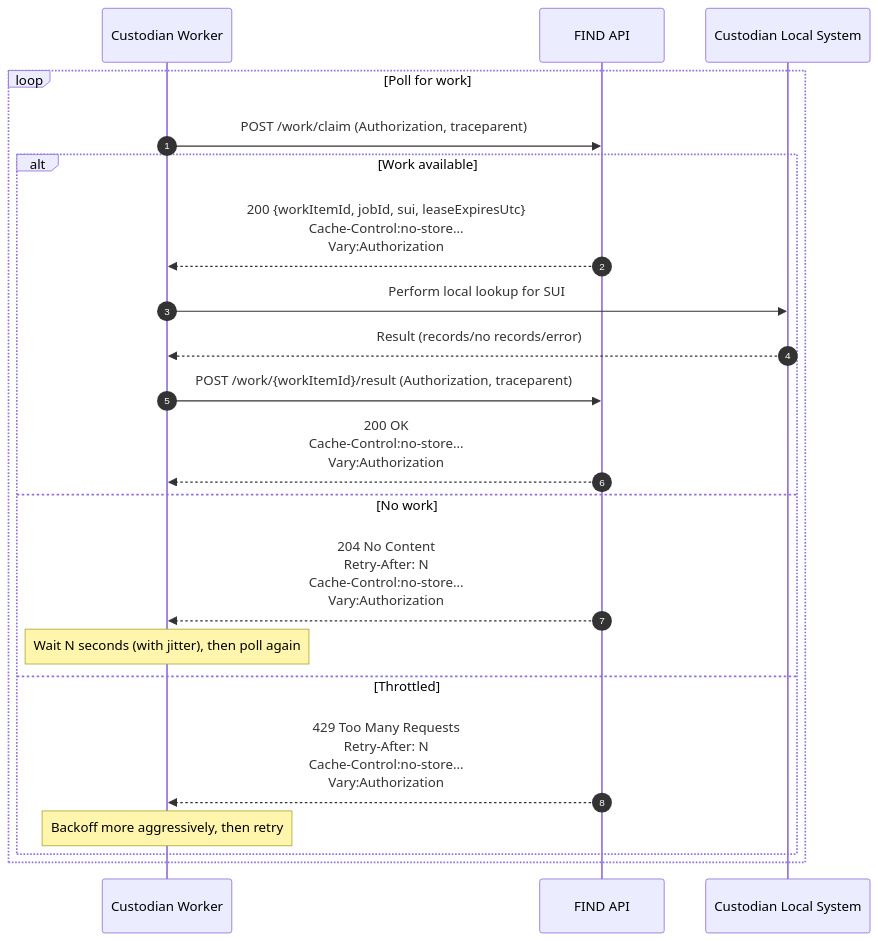
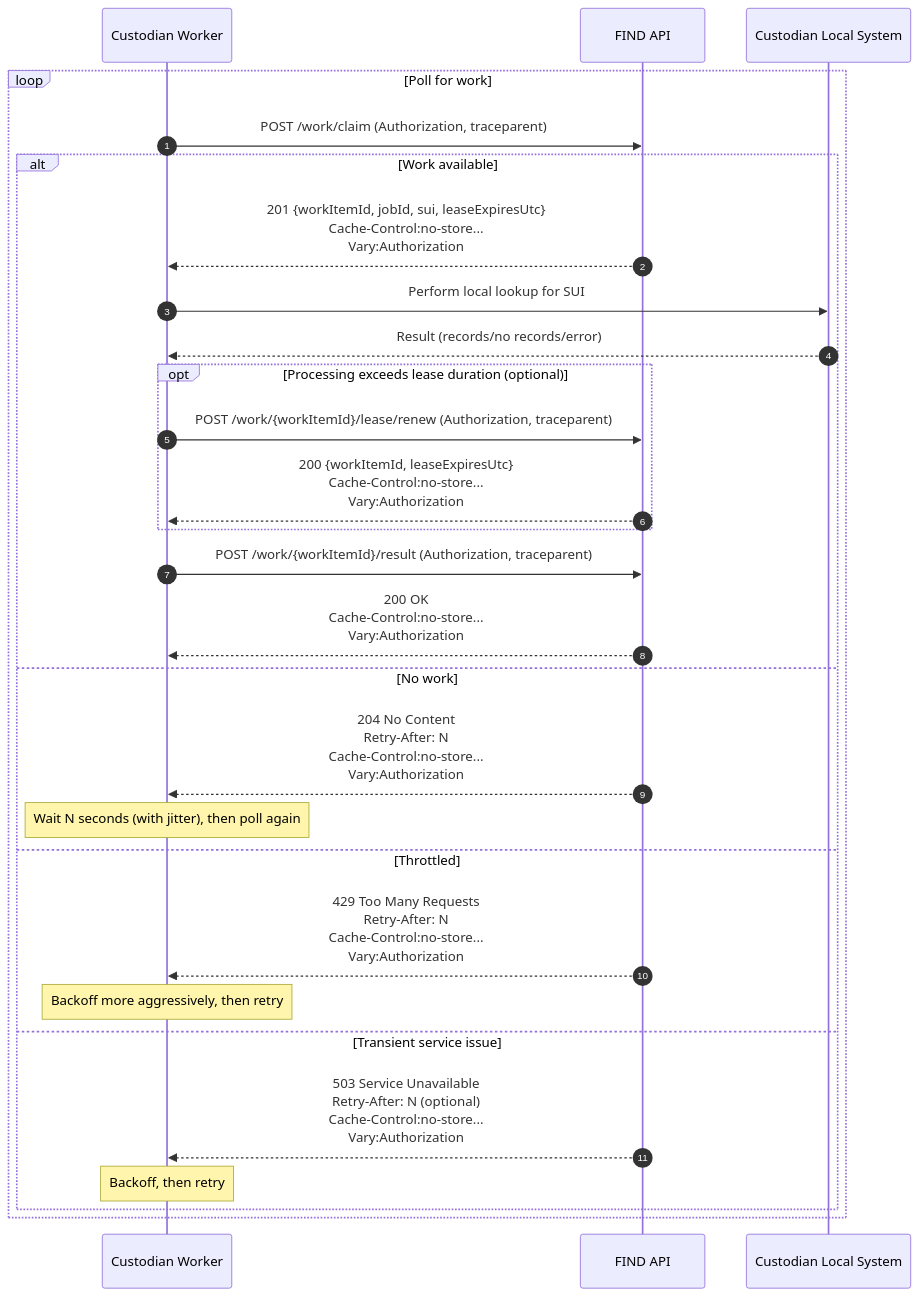
One commit to DFE-Digital/single-unique-identifier changed the diagram in Docs/Design/Variants/PollingDiscovery/Polling/Endpoints.md. Above: the diagram before and after it, drawn with Mermaid. The commit also changed other lines of this file and 3 other files, not shown here.

````diff
--- a/Docs/Design/Variants/PollingDiscovery/Polling/Endpoints.md
+++ b/Docs/Design/Variants/PollingDiscovery/Polling/Endpoints.md
@@ -168,25 +222,33 @@
 ```mermaid
 sequenceDiagram
     autonumber
     participant C as Custodian Worker
     participant F as FIND API
     participant S as Custodian Local System
 
     loop Poll for work
         C->>F: POST /work/claim (Authorization, traceparent)
         alt Work available
-            F-->>C: 200 {workItemId, jobId, sui, leaseExpiresUtc}<br/>Cache-Control:no-store...<br/>Vary:Authorization
+            F-->>C: 201 {workItemId, jobId, sui, leaseExpiresUtc}<br/>Cache-Control:no-store...<br/>Vary:Authorization
             C->>S: Perform local lookup for SUI
             S-->>C: Result (records/no records/error)
+
+            opt Processing exceeds lease duration (optional)
+                C->>F: POST /work/{workItemId}/lease/renew (Authorization, traceparent)
+                F-->>C: 200 {workItemId, leaseExpiresUtc}<br/>Cache-Control:no-store...<br/>Vary:Authorization
+            end
 
             C->>F: POST /work/{workItemId}/result (Authorization, traceparent)
             F-->>C: 200 OK<br/>Cache-Control:no-store...<br/>Vary:Authorization
         else No work
             F-->>C: 204 No Content<br/>Retry-After: N<br/>Cache-Control:no-store...<br/>Vary:Authorization
             Note over C: Wait N seconds (with jitter), then poll again
         else Throttled
             F-->>C: 429 Too Many Requests<br/>Retry-After: N<br/>Cache-Control:no-store...<br/>Vary:Authorization
             Note over C: Backoff more aggressively, then retry
+        else Transient service issue
+            F-->>C: 503 Service Unavailable<br/>Retry-After: N (optional)<br/>Cache-Control:no-store...<br/>Vary:Authorization
+            Note over C: Backoff, then retry
         end
     end
 ```
````
